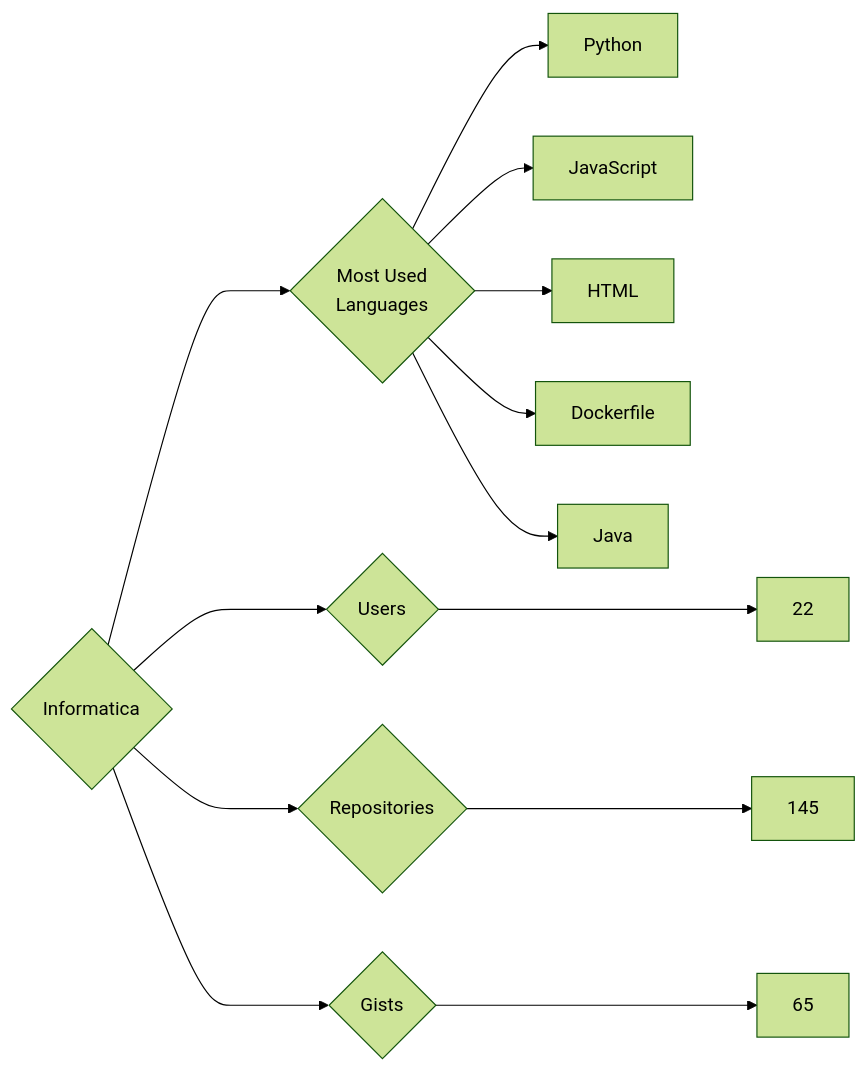
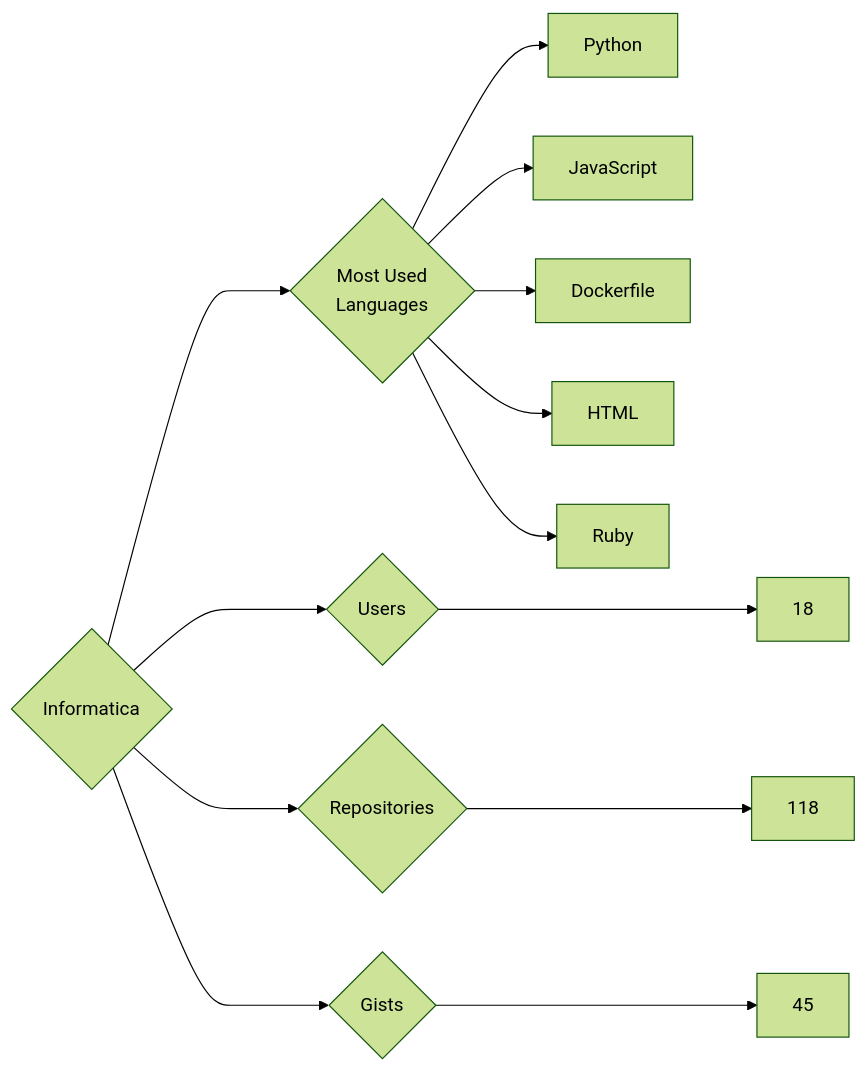
The diagram in targets/Informatica/README.md (trickest/insiders), drawn with Mermaid (forest theme) before and after one commit. The commit also changed 870 other files, not shown here.

````diff
--- a/targets/Informatica/README.md
+++ b/targets/Informatica/README.md
@@ -3,13 +3,13 @@
 ```mermaid
 graph LR
 COMPANY_NAME{Informatica}
-COMPANY_NAME ---> U{Users} ---> UN[22]
-COMPANY_NAME ---> R{Repositories} ---> RN[145]
-COMPANY_NAME ---> G{Gists} ---> GN[65]
+COMPANY_NAME ---> U{Users} ---> UN[18]
+COMPANY_NAME ---> R{Repositories} ---> RN[118]
+COMPANY_NAME ---> G{Gists} ---> GN[45]
 COMPANY_NAME ---> ML{Most Used<br>Languages}
 ML --> Python[Python]
 ML --> JavaScript[JavaScript]
+ML --> Dockerfile[Dockerfile]
 ML --> HTML[HTML]
-ML --> Dockerfile[Dockerfile]
-ML --> Java[Java]
+ML --> Ruby[Ruby]
 ```
````
